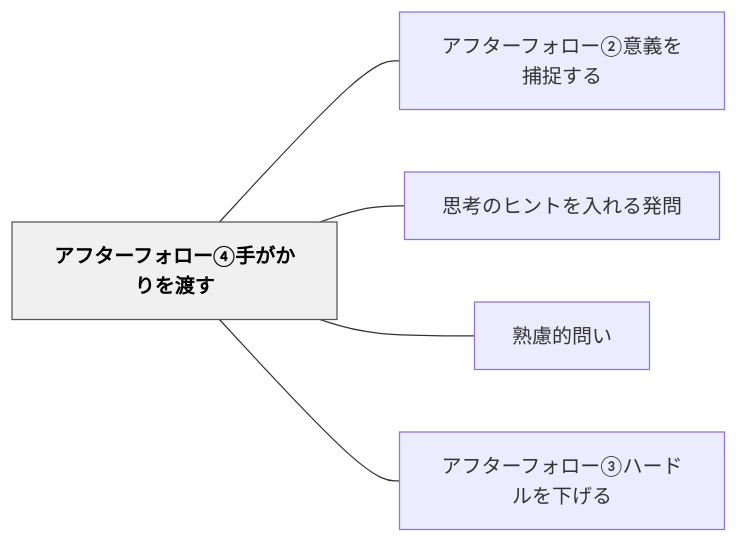
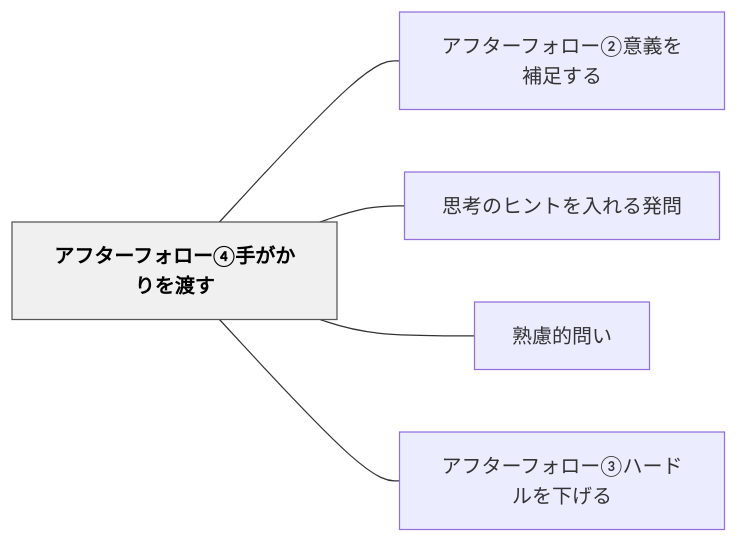
The diagram in content/パタン/アフターフォロー④手がかりを渡す.md (unknownthings-ed-patterns/unknownthings-ed-patterns), drawn with Mermaid before and after one commit. The commit also changed other lines of this file and 28 other files, not shown here.

````diff
--- a/content/パタン/アフターフォロー④手がかりを渡す.md
+++ b/content/パタン/アフターフォロー④手がかりを渡す.md
@@ -43,16 +43,16 @@
 ```mermaid
 flowchart LR
     ne382a2e38395e382bfe383bce38395e382a9e383ade383bce291a3e6898be3818ce3818be3828ae38292e6b8a1e38199["アフターフォロー④手がかりを渡す"]
-    ne382a2e38395e382bfe383bce38395e382a9e383ade383bce291a1e6848fe7bea9e38292e68d95e68d89e38199e3828b["アフターフォロー②意義を捕捉する"]
+    ne382a2e38395e382bfe383bce38395e382a9e383ade383bce291a1e6848fe7bea9e38292e8a39ce8b6b3e38199e3828b["アフターフォロー②意義を補足する"]
     ne6809de88083e381aee38392e383b3e38388e38292e585a5e3828ce3828be799bae5958f["思考のヒントを入れる発問"]
     ne7869fe685aee79a84e5958fe38184["熟慮的問い"]
     ne382a2e38395e382bfe383bce38395e382a9e383ade383bce291a2e3838fe383bce38389e383abe38292e4b88be38192e3828b["アフターフォロー③ハードルを下げる"]
 
-    ne382a2e38395e382bfe383bce38395e382a9e383ade383bce291a3e6898be3818ce3818be3828ae38292e6b8a1e38199 --- ne382a2e38395e382bfe383bce38395e382a9e383ade383bce291a1e6848fe7bea9e38292e68d95e68d89e38199e3828b
+    ne382a2e38395e382bfe383bce38395e382a9e383ade383bce291a3e6898be3818ce3818be3828ae38292e6b8a1e38199 --- ne382a2e38395e382bfe383bce38395e382a9e383ade383bce291a1e6848fe7bea9e38292e8a39ce8b6b3e38199e3828b
     ne382a2e38395e382bfe383bce38395e382a9e383ade383bce291a3e6898be3818ce3818be3828ae38292e6b8a1e38199 --- ne6809de88083e381aee38392e383b3e38388e38292e585a5e3828ce3828be799bae5958f
     ne382a2e38395e382bfe383bce38395e382a9e383ade383bce291a3e6898be3818ce3818be3828ae38292e6b8a1e38199 --- ne7869fe685aee79a84e5958fe38184
     ne382a2e38395e382bfe383bce38395e382a9e383ade383bce291a3e6898be3818ce3818be3828ae38292e6b8a1e38199 --- ne382a2e38395e382bfe383bce38395e382a9e383ade383bce291a2e3838fe383bce38389e383abe38292e4b88be38192e3828b
 
     classDef hub fill:#f0f0f0,stroke:#555,color:#000,font-weight:bold
     class ne382a2e38395e382bfe383bce38395e382a9e383ade383bce291a3e6898be3818ce3818be3828ae38292e6b8a1e38199 hub
 ```
````
